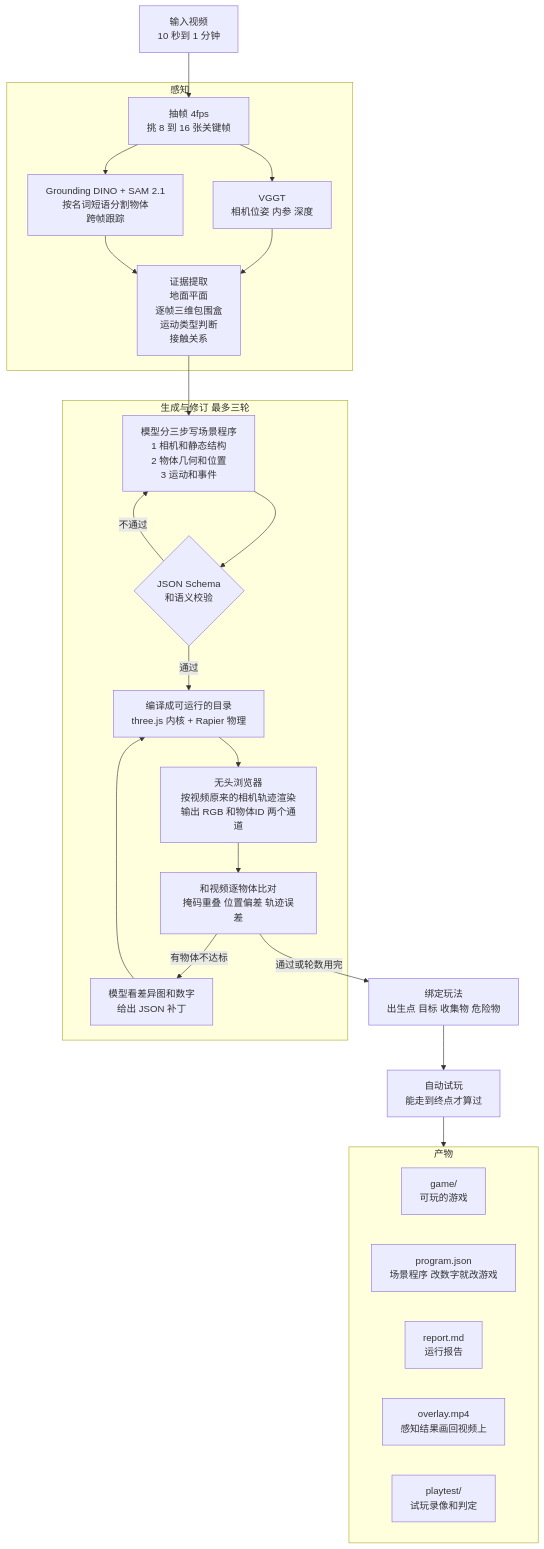
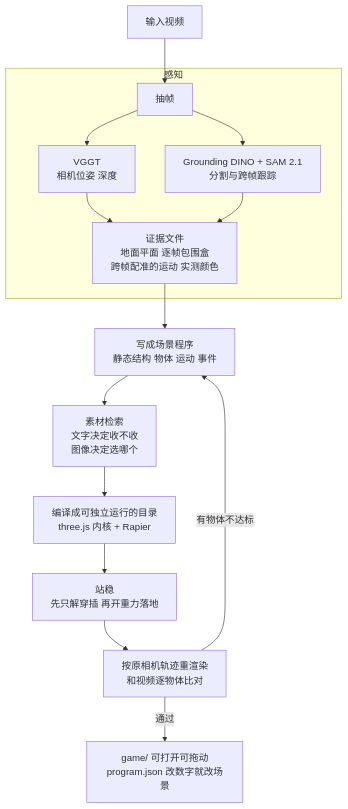
Before and after one commit to jwj1342/GameWorldModel: the diagram in README.md, drawn with Mermaid. The commit also changed other lines of this file and 4 other files, not shown here.

````diff
--- a/README.md
+++ b/README.md
@@ -15,35 +57,17 @@
 ```mermaid
 flowchart TD
-    V["输入视频<br/>10 秒到 1 分钟"] --> F["抽帧 4fps<br/>挑 8 到 16 张关键帧"]
-
+    V["输入视频"] --> F["抽帧"]
     subgraph PERC["感知"]
-        F --> G["VGGT<br/>相机位姿 内参 深度"]
-        F --> D["Grounding DINO + SAM 2.1<br/>按名词短语分割物体<br/>跨帧跟踪"]
-        G --> E["证据提取<br/>地面平面<br/>逐帧三维包围盒<br/>运动类型判断<br/>接触关系"]
+        F --> G["VGGT<br/>相机位姿 深度"]
+        F --> D["Grounding DINO + SAM 2.1<br/>分割与跨帧跟踪"]
+        G --> E["证据文件<br/>地面平面 逐帧包围盒<br/>跨帧配准的运动 实测颜色"]
         D --> E
     end
-
-    E --> W["模型分三步写场景程序<br/>1 相机和静态结构<br/>2 物体几何和位置<br/>3 运动和事件"]
-
-    subgraph LOOP["生成与修订 最多三轮"]
-        W --> C{"JSON Schema<br/>和语义校验"}
-        C -- 不通过 --> W
-        C -- 通过 --> B["编译成可运行的目录<br/>three.js 内核 + Rapier 物理"]
-        B --> R["无头浏览器<br/>按视频原来的相机轨迹渲染<br/>输出 RGB 和物体ID 两个通道"]
-        R --> M["和视频逐物体比对<br/>掩码重叠 位置偏差 轨迹误差"]
-        M -- 有物体不达标 --> K["模型看差异图和数字<br/>给出 JSON 补丁"]
-        K --> B
-    end
-
-    M -- 通过或轮数用完 --> BD["绑定玩法<br/>出生点 目标 收集物 危险物"]
-    BD --> T["自动试玩<br/>能走到终点才算过"]
-    T --> OUT
-
-    subgraph OUT["产物"]
-        O1["game/<br/>可玩的游戏"]
-        O2["program.json<br/>场景程序 改数字就改游戏"]
-        O3["report.md<br/>运行报告"]
-        O4["overlay.mp4<br/>感知结果画回视频上"]
-        O5["playtest/<br/>试玩录像和判定"]
-    end
+    E --> P["写成场景程序<br/>静态结构 物体 运动 事件"]
+    P --> A["素材检索<br/>文字决定收不收<br/>图像决定选哪个"]
+    A --> B["编译成可独立运行的目录<br/>three.js 内核 + Rapier"]
+    B --> S["站稳<br/>先只解穿插 再开重力落地"]
+    S --> R["按原相机轨迹重渲染<br/>和视频逐物体比对"]
+    R -- 有物体不达标 --> P
+    R -- 通过 --> OUT["game/ 可打开可拖动<br/>program.json 改数字就改场景"]
 ```
````
